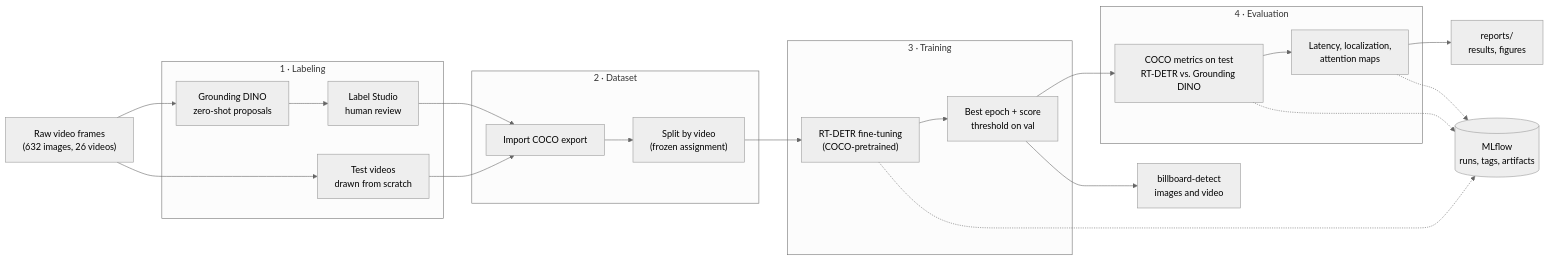
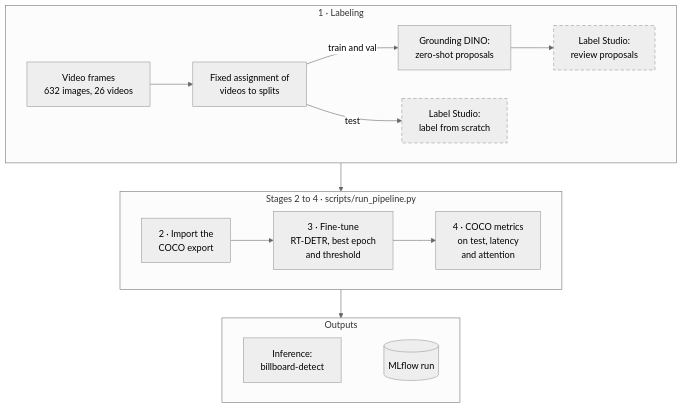
One commit to ChristianConchari/vit-billboard-detector changed the diagram in README.md. Above: the diagram before and after it, drawn with Mermaid (neutral theme). The commit also changed other lines of this file and 1 other file, not shown here.

Commit message:
Fix the order of the system flow diagram

````diff
--- a/README.md
+++ b/README.md
@@ -57,39 +57,22 @@
 ```mermaid
-flowchart LR
-    raw["Raw video frames<br/>(632 images, 26 videos)"]
-
-    subgraph labeling["1 · Labeling"]
-        gdino["Grounding DINO<br/>zero-shot proposals"]
-        review["Label Studio<br/>human review"]
-        scratch["Test videos<br/>drawn from scratch"]
+flowchart TB
+    subgraph s1["1 · Labeling"]
+        direction LR
+        raw["Video frames<br/>632 images, 26 videos"] --> assign["Fixed assignment of<br/>videos to splits"]
+        assign -- "train and val" --> gdino["Grounding DINO:<br/>zero-shot proposals"] --> review["Label Studio:<br/>review proposals"]
+        assign -- "test" --> scratch["Label Studio:<br/>label from scratch"]
     end
-
-    subgraph data["2 · Dataset"]
-        import["Import COCO export"]
-        split["Split by video<br/>(frozen assignment)"]
+    subgraph pipe["Stages 2 to 4 · scripts/run_pipeline.py"]
+        direction LR
+        import["2 · Import the<br/>COCO export"] --> train["3 · Fine-tune<br/>RT-DETR, best epoch<br/>and threshold"] --> eval["4 · COCO metrics<br/>on test, latency<br/>and attention"]
     end
-
-    subgraph training["3 · Training"]
-        rtdetr["RT-DETR fine-tuning<br/>(COCO-pretrained)"]
-        calib["Best epoch + score<br/>threshold on val"]
+    subgraph out["Outputs"]
+        direction LR
+        cli["Inference:<br/>billboard-detect"]
+        mlflow[("MLflow run")]
+        cli ~~~ mlflow
     end
-
-    subgraph evaluation["4 · Evaluation"]
-        eval["COCO metrics on test<br/>RT-DETR vs. Grounding DINO"]
-        diag["Latency, localization,<br/>attention maps"]
-    end
-
-    tracking[("MLflow<br/>runs, tags, artifacts")]
-    report["reports/<br/>results, figures"]
-    cli["billboard-detect<br/>images and video"]
-
-    raw --> gdino --> review
-    raw --> scratch
-    review --> import
-    scratch --> import
-    import --> split --> rtdetr --> calib --> eval --> diag --> report
-    calib --> cli
-    rtdetr -.-> tracking
-    eval -.-> tracking
-    diag -.-> tracking
+    s1 --> pipe --> out
+    classDef manual stroke-dasharray: 6 4
+    class review,scratch manual
 ```
````
